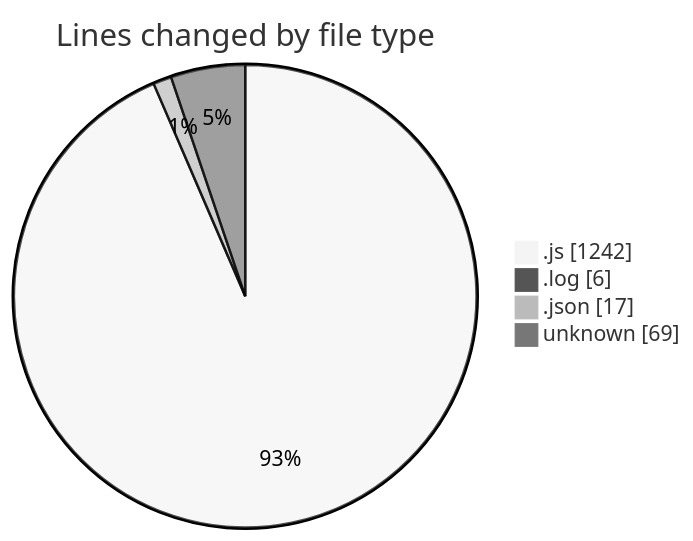
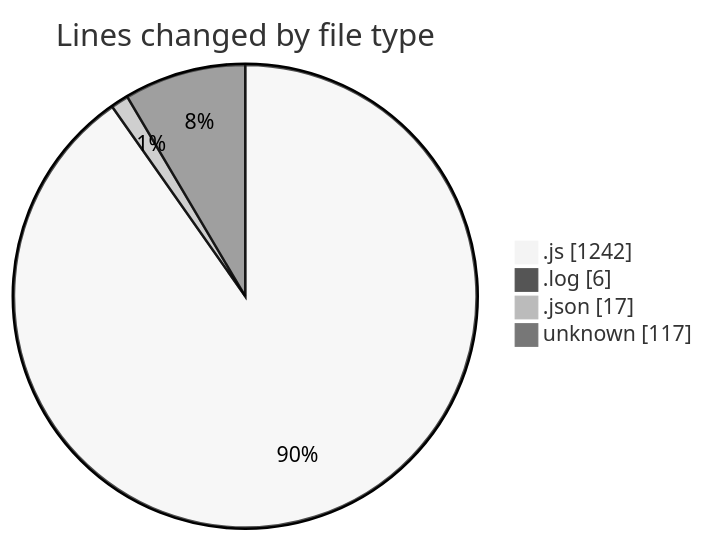
The first of 2 diagrams in 2025-03-31/jsvms/README.md (BS-eng2023/code-tracking), drawn with Mermaid (neutral theme) before and after one commit. The commit also changed other lines of this file and 1 other file, not shown here.

````diff
--- a/2025-03-31/jsvms/README.md
+++ b/2025-03-31/jsvms/README.md
@@ -37,8 +37,8 @@
 ```mermaid
 pie showData
 title Lines changed by file type
 ".js" : 1242
 ".log" : 6
 ".json" : 17
-"unknown" : 69
+"unknown" : 117
 ```
````
